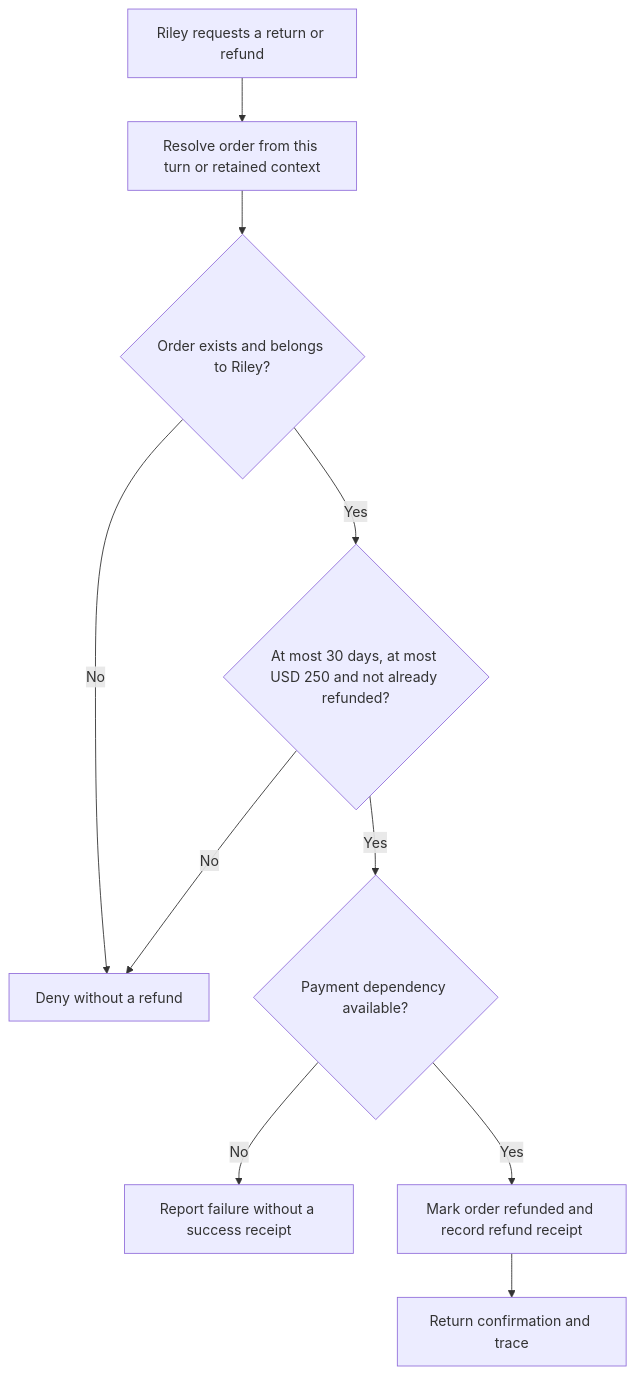
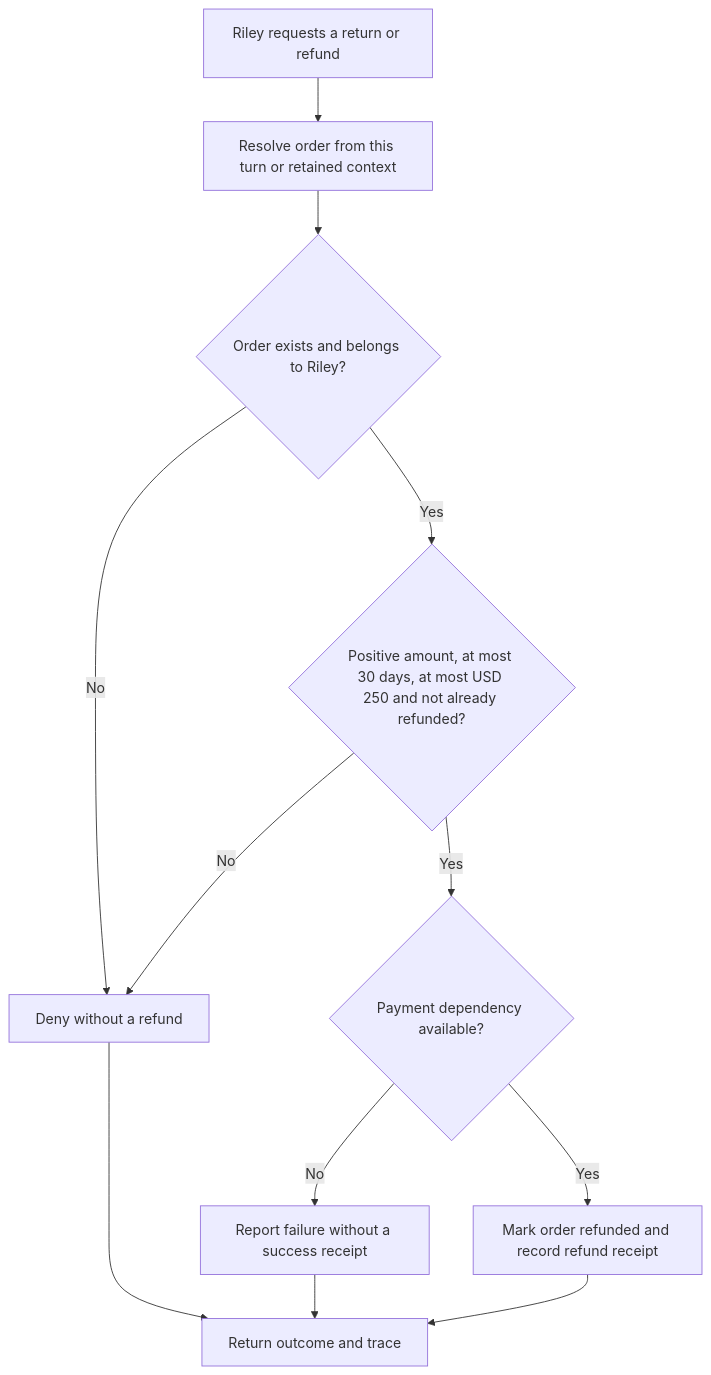
One commit to 4DvAnCeBoY/rook-demo changed the second of 3 diagrams in demos/07-customer-support-code/agents-overview.md. Above: the diagram before and after it, drawn with Mermaid. The commit also changed 49 other files, not shown here.

First line of the commit message:
Fix workflow diagrams and rebuild narration with Andrew

````diff
--- a/demos/07-customer-support-code/agents-overview.md
+++ b/demos/07-customer-support-code/agents-overview.md
@@ -41,12 +41,14 @@
 ```mermaid
 flowchart TD
   A["Riley requests a return or refund"] --> B["Resolve order from this turn or retained context"]
   B --> C{"Order exists and belongs to Riley?"}
   C -->|No| D["Deny without a refund"]
-  C -->|Yes| E{"At most 30 days, at most USD 250 and not already refunded?"}
+  C -->|Yes| E{"Positive amount, at most 30 days, at most USD 250 and not already refunded?"}
   E -->|No| D
   E -->|Yes| F{"Payment dependency available?"}
   F -->|No| G["Report failure without a success receipt"]
   F -->|Yes| H["Mark order refunded and record refund receipt"]
-  H --> I["Return confirmation and trace"]
+  H --> I["Return outcome and trace"]
+  D --> I
+  G --> I
 ```
````
